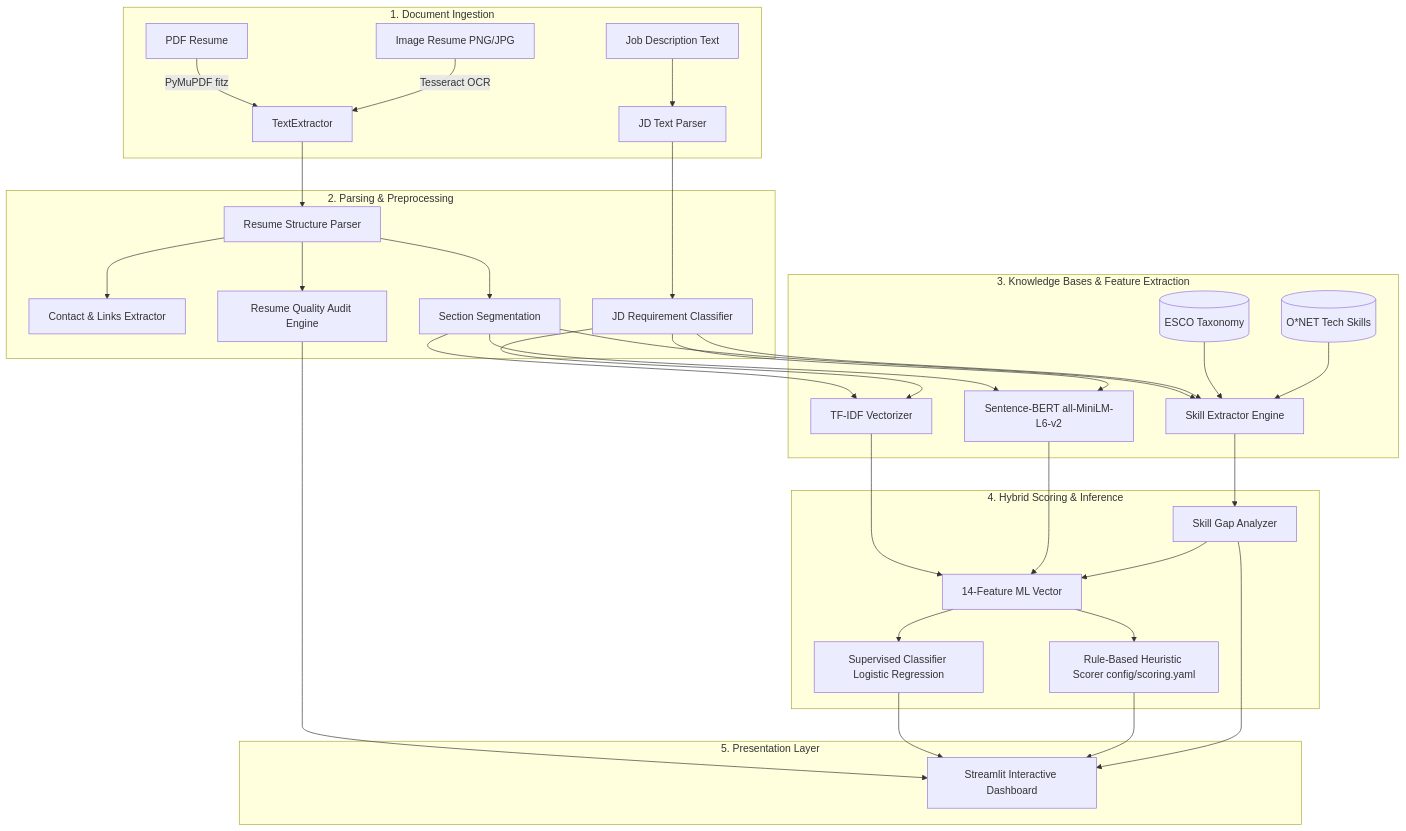
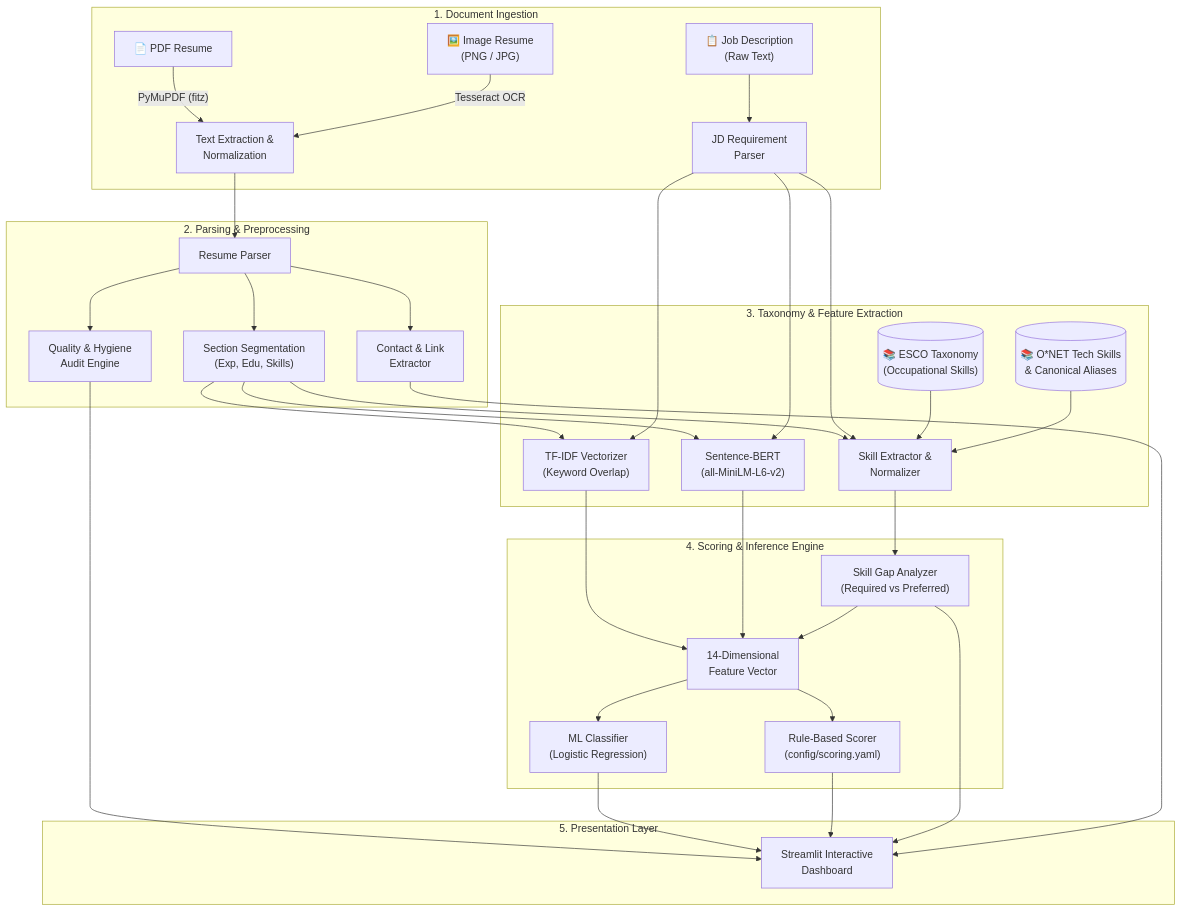
One commit to adreejaa-dash/ai-resume-analyzer changed the diagram in README.md. Above: the diagram before and after it, drawn with Mermaid.

Commit message:
fix(docs): improve Mermaid architecture diagram visibility and text formatting

````diff
--- a/README.md
+++ b/README.md
@@ -82,46 +82,46 @@
 ```mermaid
 flowchart TD
     subgraph Ingestion["1. Document Ingestion"]
-        PDF[PDF Resume] -->|PyMuPDF fitz| TextExtractor
-        IMG[Image Resume PNG/JPG] -->|Tesseract OCR| TextExtractor
-        JD[Job Description Text] --> JDExtractor[JD Text Parser]
+        PDF["📄 PDF Resume"] -->|"PyMuPDF (fitz)"| TXT1["Text Extraction &<br/>Normalization"]
+        IMG["🖼️ Image Resume<br/>(PNG / JPG)"] -->|"Tesseract OCR"| TXT1
+        JD["📋 Job Description<br/>(Raw Text)"] --> TXT2["JD Requirement<br/>Parser"]
     end
 
     subgraph Parsing["2. Parsing & Preprocessing"]
-        TextExtractor --> ResumeParser[Resume Structure Parser]
-        ResumeParser --> ContactParser[Contact & Links Extractor]
-        ResumeParser --> SectionParser[Section Segmentation]
-        ResumeParser --> QualityEngine[Resume Quality Audit Engine]
-        JDExtractor --> JDParser[JD Requirement Classifier]
+        TXT1 --> RP["Resume Parser"]
+        RP --> CONT["Contact & Link<br/>Extractor"]
+        RP --> SECT["Section Segmentation<br/>(Exp, Edu, Skills)"]
+        RP --> QUAL["Quality & Hygiene<br/>Audit Engine"]
     end
 
-    subgraph FeatureExtraction["3. Knowledge Bases & Feature Extraction"]
-        SectionParser --> SkillExtract[Skill Extractor Engine]
-        JDParser --> SkillExtract
-        ESCO[(ESCO Taxonomy)] --> SkillExtract
-        ONET[(O*NET Tech Skills)] --> SkillExtract
+    subgraph FeatureExtraction["3. Taxonomy & Feature Extraction"]
+        SECT --> SKILL["Skill Extractor &<br/>Normalizer"]
+        TXT2 --> SKILL
+        ESCO[("📚 ESCO Taxonomy<br/>(Occupational Skills)")] --> SKILL
+        ONET[("📚 O*NET Tech Skills<br/>& Canonical Aliases")] --> SKILL
         
-        SectionParser --> TFIDF[TF-IDF Vectorizer]
-        JDParser --> TFIDF
+        SECT --> TFIDF["TF-IDF Vectorizer<br/>(Keyword Overlap)"]
+        TXT2 --> TFIDF
         
-        SectionParser --> SBERT[Sentence-BERT all-MiniLM-L6-v2]
-        JDParser --> SBERT
+        SECT --> SBERT["Sentence-BERT<br/>(all-MiniLM-L6-v2)"]
+        TXT2 --> SBERT
     end
 
-    subgraph Scoring["4. Hybrid Scoring & Inference"]
-        SkillExtract --> MatchEngine[Skill Gap Analyzer]
-        TFIDF --> FeatVec[14-Feature ML Vector]
-        SBERT --> FeatVec
-        MatchEngine --> FeatVec
+    subgraph Scoring["4. Scoring & Inference Engine"]
+        SKILL --> GAP["Skill Gap Analyzer<br/>(Required vs Preferred)"]
+        TFIDF --> FV["14-Dimensional<br/>Feature Vector"]
+        SBERT --> FV
+        GAP --> FV
         
-        FeatVec --> MLModel[Supervised Classifier Logistic Regression]
-        FeatVec --> HeuristicScorer[Rule-Based Heuristic Scorer config/scoring.yaml]
+        FV --> ML["ML Classifier<br/>(Logistic Regression)"]
+        FV --> HEUR["Rule-Based Scorer<br/>(config/scoring.yaml)"]
     end
 
-    subgraph UI["5. Presentation Layer"]
-        QualityEngine --> Dashboard[Streamlit Interactive Dashboard]
-        MLModel --> Dashboard
-        HeuristicScorer --> Dashboard
-        MatchEngine --> Dashboard
+    subgraph Presentation["5. Presentation Layer"]
+        QUAL --> DASH["Streamlit Interactive<br/>Dashboard"]
+        ML --> DASH
+        HEUR --> DASH
+        GAP --> DASH
+        CONT --> DASH
     end
 ```
````
